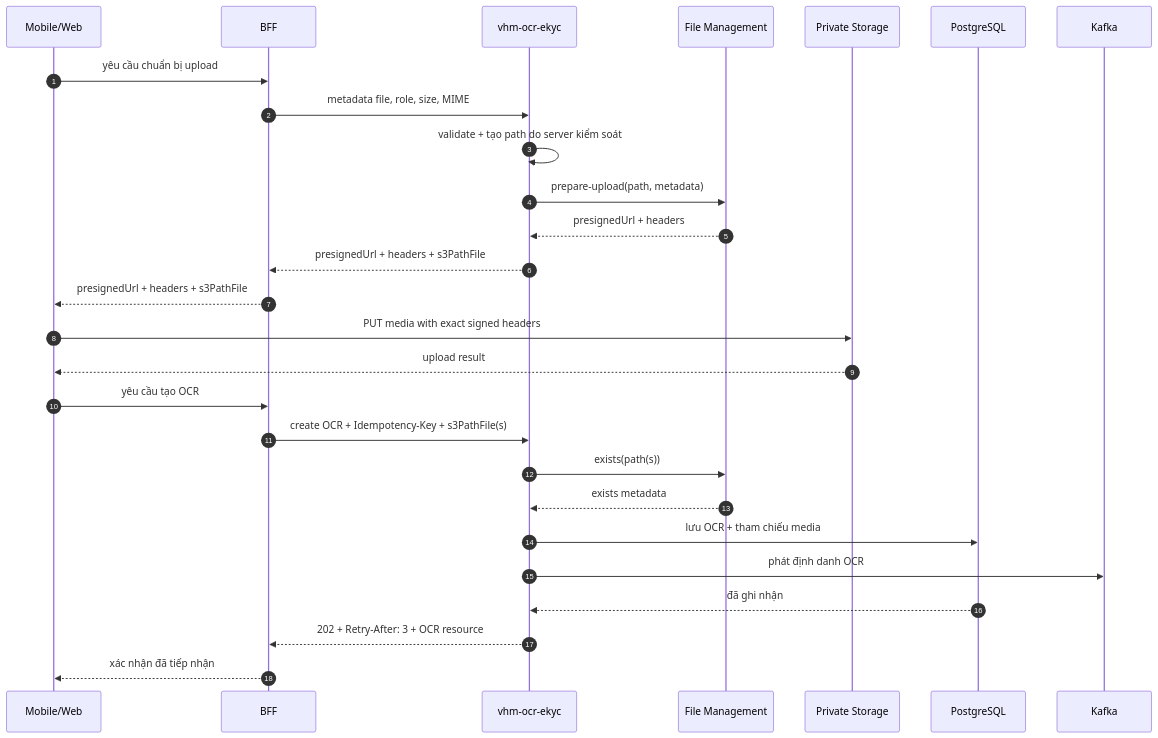
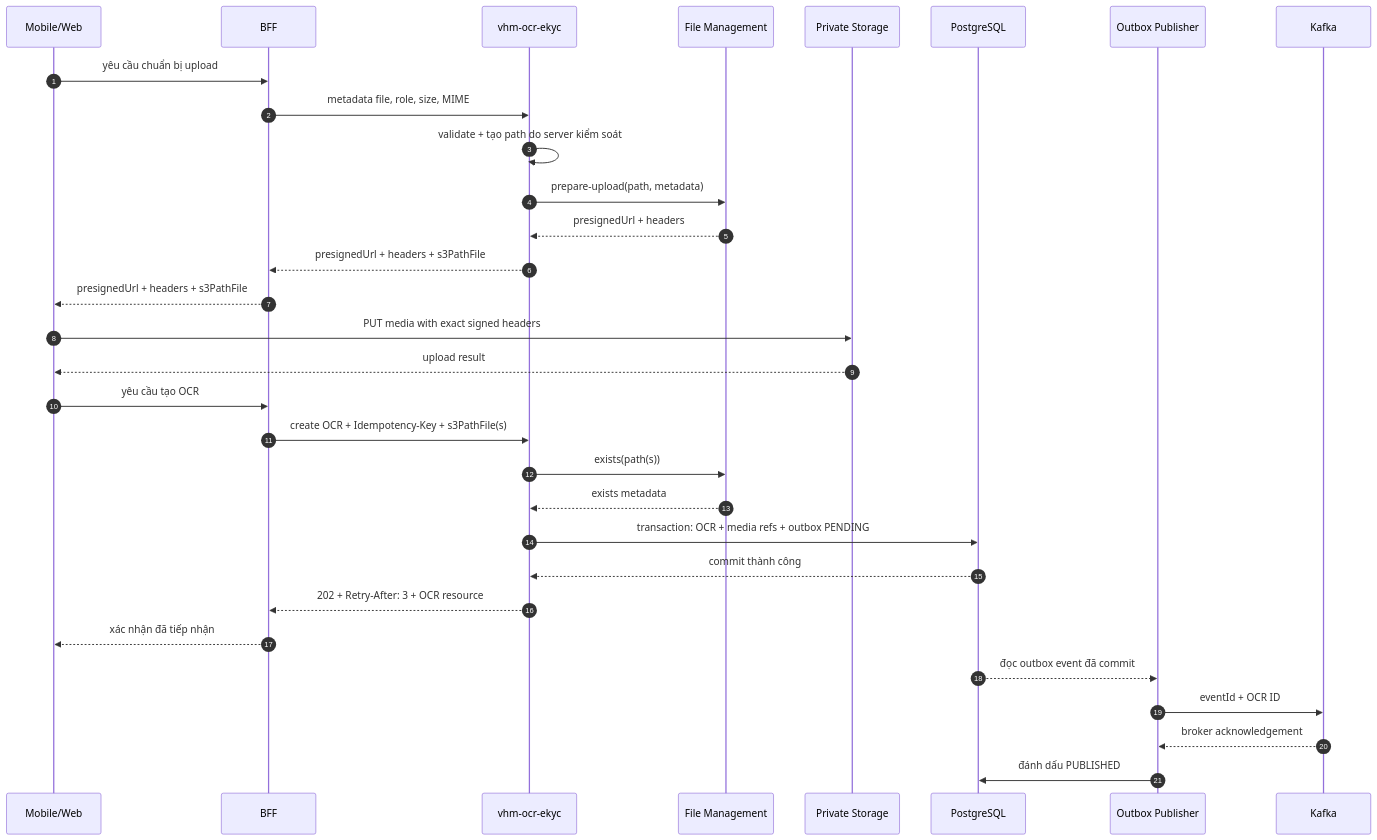
The seventh of 11 diagrams in tdd-ocr-ekyc.md (huynv-xyz/vhm), drawn with Mermaid before and after one commit. The commit also changed other lines of this file, not shown here.

````diff
--- a/tdd-ocr-ekyc.md
+++ b/tdd-ocr-ekyc.md
@@ -976,30 +926,34 @@
 ```mermaid
 sequenceDiagram
     autonumber
     participant C as Mobile/Web
     participant B as BFF
     participant A as vhm-ocr-ekyc
     participant F as File Management
     participant S as Private Storage
     participant D as PostgreSQL
+    participant O as Outbox Publisher
     participant K as Kafka
 
     C->>B: yêu cầu chuẩn bị upload
     B->>A: metadata file, role, size, MIME
     A->>A: validate + tạo path do server kiểm soát
     A->>F: prepare-upload(path, metadata)
     F-->>A: presignedUrl + headers
     A-->>B: presignedUrl + headers + s3PathFile
     B-->>C: presignedUrl + headers + s3PathFile
     C->>S: PUT media with exact signed headers
     S-->>C: upload result
     C->>B: yêu cầu tạo OCR
     B->>A: create OCR + Idempotency-Key + s3PathFile(s)
     A->>F: exists(path(s))
     F-->>A: exists metadata
-    A->>D: lưu OCR + tham chiếu media
-    A->>K: phát định danh OCR
-    D-->>A: đã ghi nhận
+    A->>D: transaction: OCR + media refs + outbox PENDING
+    D-->>A: commit thành công
     A-->>B: 202 + Retry-After: 3 + OCR resource
     B-->>C: xác nhận đã tiếp nhận
+    D-->>O: đọc outbox event đã commit
+    O->>K: eventId + OCR ID
+    K-->>O: broker acknowledgement
+    O->>D: đánh dấu PUBLISHED
 ```
````
